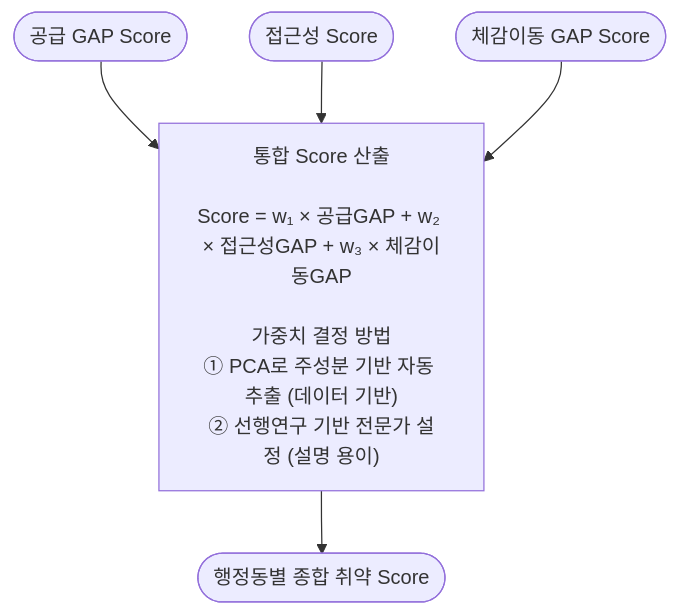
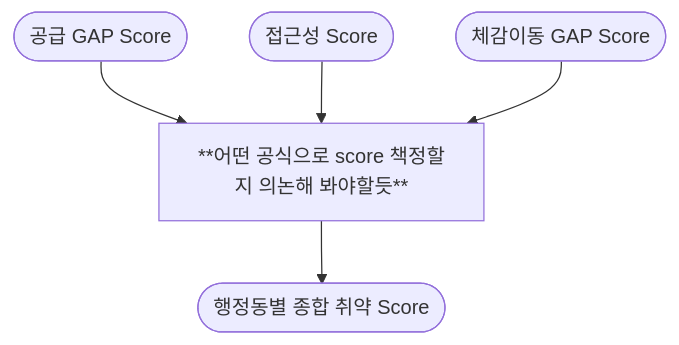
One commit to Seongnam-Data-Visualization/main-project-repo changed the fourth of 7 diagrams in seongnam_pipeline.md. Above: the diagram before and after it, drawn with Mermaid.

````diff
--- a/seongnam_pipeline.md
+++ b/seongnam_pipeline.md
@@ -108,15 +108,15 @@
 ```mermaid
 flowchart TD
     G1(["공급 GAP Score"])
     G2(["접근성 Score"])
     G3(["체감이동 GAP Score"])
 
-    FORMULA["통합 Score 산출\n\nScore = w₁ × 공급GAP + w₂ × 접근성GAP + w₃ × 체감이동GAP\n\n가중치 결정 방법\n① PCA로 주성분 기반 자동 추출 (데이터 기반)\n② 선행연구 기반 전문가 설정 (설명 용이)"]
+    FORMULA[**어떤 공식으로 score 책정할지 의논해 봐야할듯**]
 
     RESULT(["행정동별 종합 취약 Score"])
 
     G1 --> FORMULA
     G2 --> FORMULA
     G3 --> FORMULA
     FORMULA --> RESULT
 ```
````
